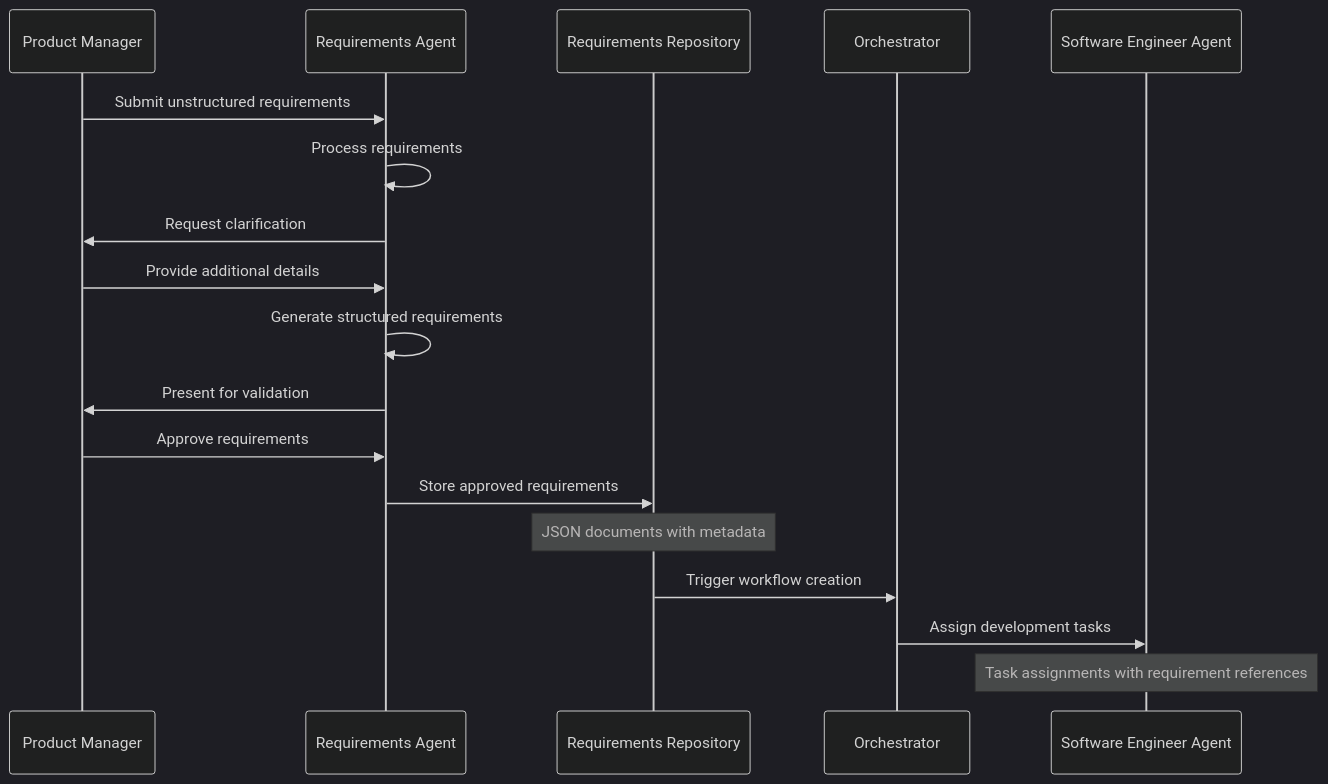
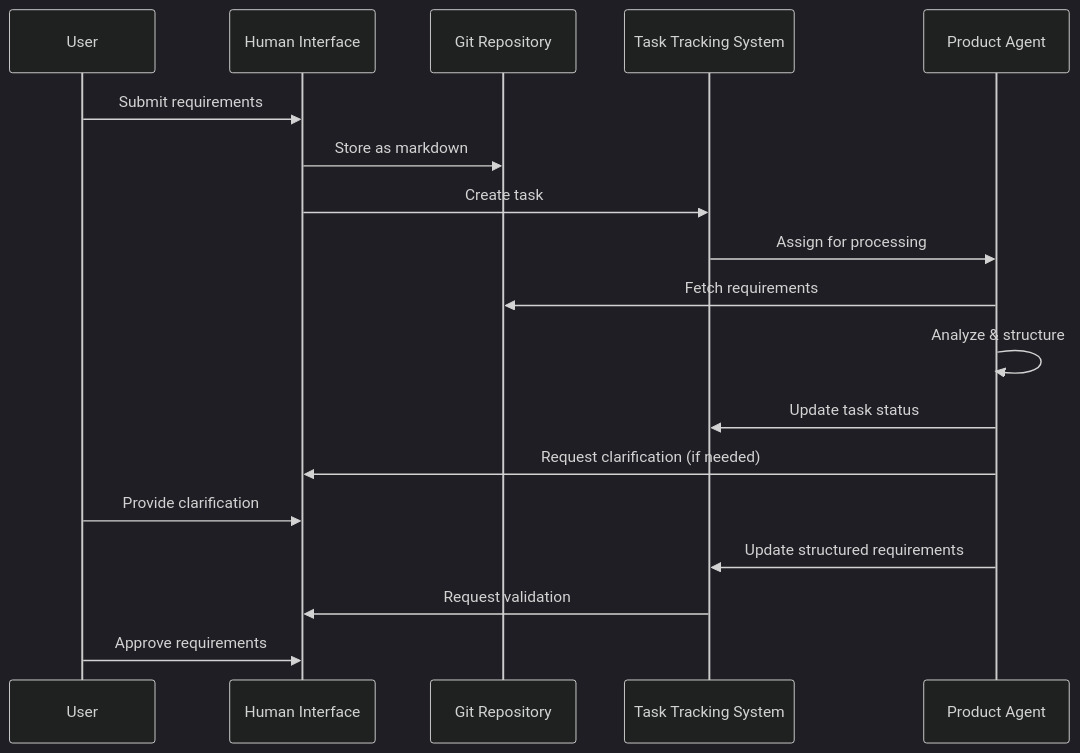
The fourth of 5 diagrams in docs/arch/data_flow_architecture.md (kgatilin/aihive), drawn with Mermaid (dark theme) before and after one commit. The commit also changed other lines of this file and 3 other files, not shown here.

Commit message:
Streamline architecture docs to align with simplified component architecture

````diff
--- a/docs/arch/data_flow_architecture.md
+++ b/docs/arch/data_flow_architecture.md
@@ -84,21 +84,21 @@
 ```mermaid
 sequenceDiagram
-    participant PM as Product Manager
-    participant RA as Requirements Agent
-    participant DB as Requirements Repository
-    participant O as Orchestrator
-    participant SE as Software Engineer Agent
+    participant User
+    participant HI as Human Interface
+    participant Git as Git Repository
+    participant TTS as Task Tracking System
+    participant PA as Product Agent
 
-    PM->>RA: Submit unstructured requirements
-    RA->>RA: Process requirements
-    RA->>PM: Request clarification
-    PM->>RA: Provide additional details
-    RA->>RA: Generate structured requirements
-    RA->>PM: Present for validation
-    PM->>RA: Approve requirements
-    RA->>DB: Store approved requirements
-    note over DB: JSON documents with metadata
-    DB->>O: Trigger workflow creation
-    O->>SE: Assign development tasks
-    note over SE: Task assignments with requirement references
+    User->>HI: Submit requirements
+    HI->>Git: Store as markdown
+    HI->>TTS: Create task
+    TTS->>PA: Assign for processing
+    PA->>Git: Fetch requirements
+    PA->>PA: Analyze & structure
+    PA->>TTS: Update task status
+    PA->>HI: Request clarification (if needed)
+    User->>HI: Provide clarification
+    PA->>TTS: Update structured requirements
+    TTS->>HI: Request validation
+    User->>HI: Approve requirements
 ```
````
